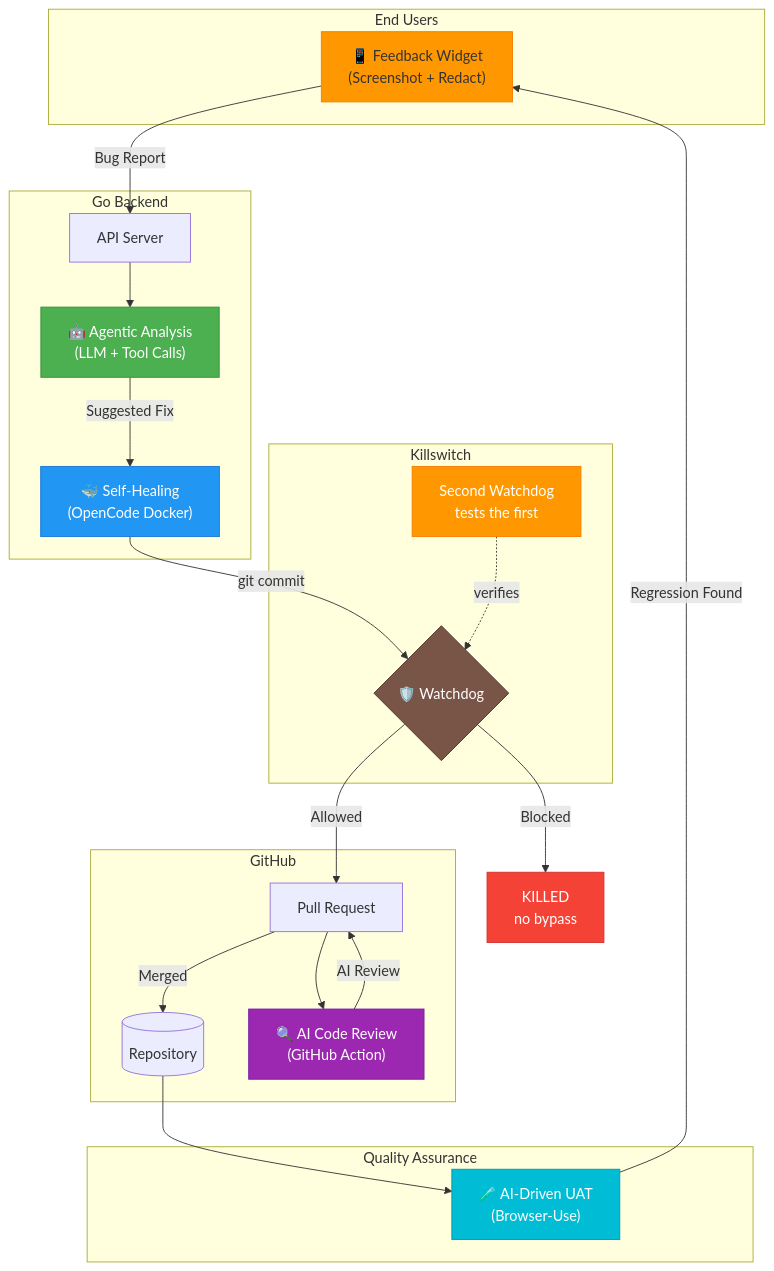
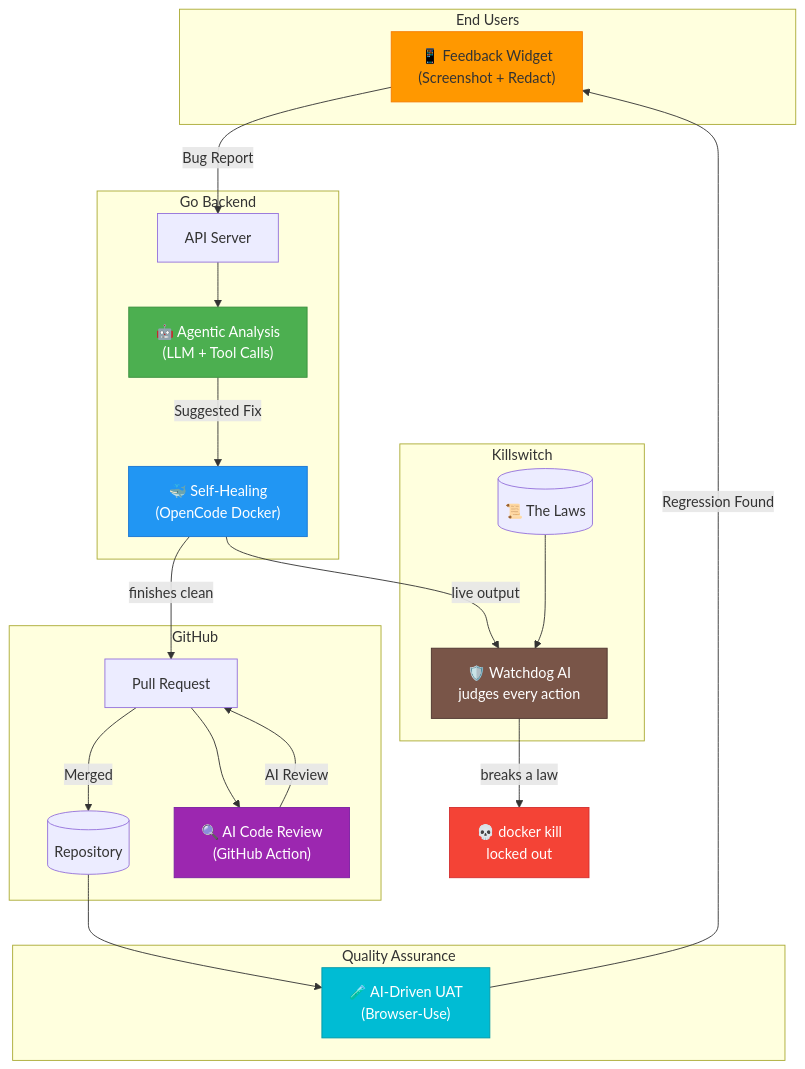
The seventh of 7 diagrams in README.md (bluefermion/feedback), drawn with Mermaid before and after one commit. The commit also changed other lines of this file and 12 other files, not shown here.

````diff
--- a/README.md
+++ b/README.md
@@ -236,49 +259,48 @@
 ```mermaid
 flowchart TB
     subgraph Users["End Users"]
         Widget["📱 Feedback Widget<br/>(Screenshot + Redact)"]
     end
 
     subgraph Backend["Go Backend"]
         API["API Server"]
         Analyze["🤖 Agentic Analysis<br/>(LLM + Tool Calls)"]
         Heal["🐳 Self-Healing<br/>(OpenCode Docker)"]
     end
 
     subgraph Governance["Killswitch"]
-        Guard{"🛡️ Watchdog"}
-        Canary["Second Watchdog<br/>tests the first"]
+        Laws[("📜 The Laws")]
+        Guard["🛡️ Watchdog AI<br/>judges every action"]
     end
 
     subgraph GitHub["GitHub"]
         Repo[(Repository)]
         Action["🔍 AI Code Review<br/>(GitHub Action)"]
         PR[Pull Request]
     end
 
     subgraph QA["Quality Assurance"]
         UAT["🧪 AI-Driven UAT<br/>(Browser-Use)"]
     end
 
     Widget -->|"Bug Report"| API
     API --> Analyze
     Analyze -->|"Suggested Fix"| Heal
-    Heal -->|"git commit"| Guard
-    Guard -->|"Allowed"| PR
-    Guard -->|"Blocked"| Rejected["KILLED<br/>no bypass"]
-    Canary -.->|"verifies"| Guard
+    Heal -->|"live output"| Guard
+    Laws --> Guard
+    Guard -->|"breaks a law"| Rejected["💀 docker kill<br/>locked out"]
+    Heal -->|"finishes clean"| PR
     PR --> Action
     Action -->|"AI Review"| PR
     PR -->|"Merged"| Repo
     Repo --> UAT
     UAT -->|"Regression Found"| Widget
 
     style Widget fill:#FF9800,stroke:#F57C00
     style Analyze fill:#4CAF50,stroke:#388E3C,color:#fff
     style Heal fill:#2196F3,stroke:#1976D2,color:#fff
     style Action fill:#9C27B0,stroke:#7B1FA2,color:#fff
     style UAT fill:#00BCD4,stroke:#0097A7,color:#fff
     style Guard fill:#795548,stroke:#4E342E,color:#fff
-    style Canary fill:#FF9800,stroke:#F57C00,color:#fff
     style Rejected fill:#f44336,stroke:#d32f2f,color:#fff
 ```
````
